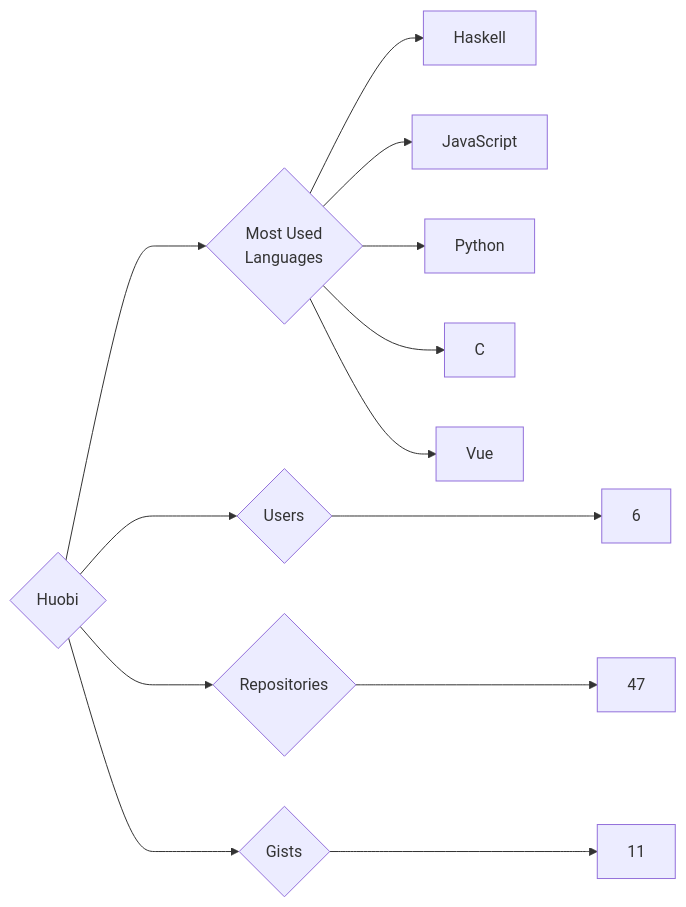
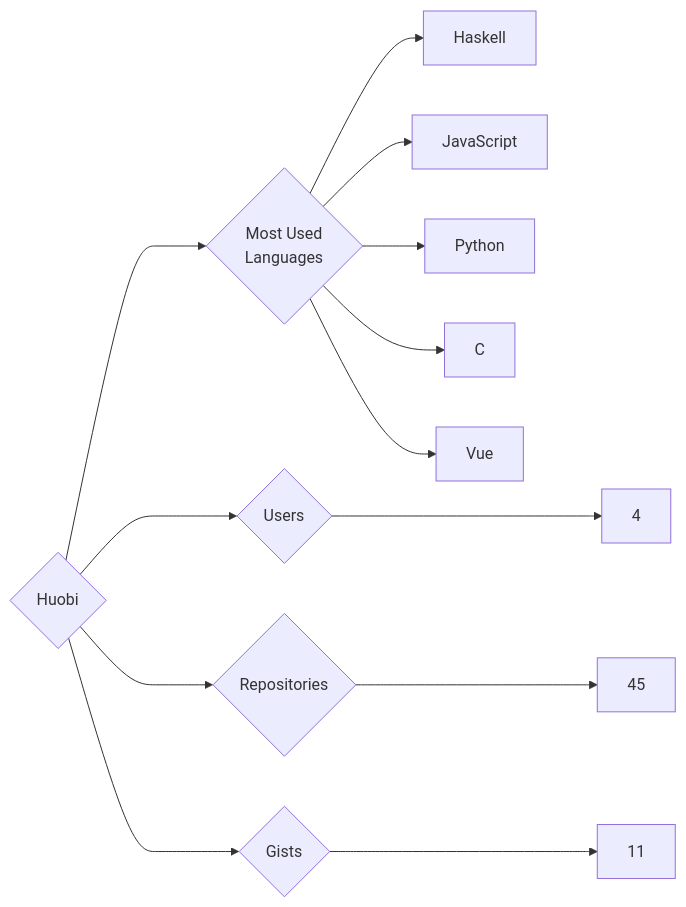
The diagram in targets/Huobi/README.md (trickest/insiders), drawn with Mermaid before and after one commit. The commit also changed 1120 other files, not shown here.

````diff
--- a/targets/Huobi/README.md
+++ b/targets/Huobi/README.md
@@ -3,13 +3,13 @@
 ```mermaid
 graph LR
 COMPANY_NAME{Huobi}
-COMPANY_NAME ---> U{Users} ---> UN[6]
-COMPANY_NAME ---> R{Repositories} ---> RN[47]
+COMPANY_NAME ---> U{Users} ---> UN[4]
+COMPANY_NAME ---> R{Repositories} ---> RN[45]
 COMPANY_NAME ---> G{Gists} ---> GN[11]
 COMPANY_NAME ---> ML{Most Used<br>Languages}
 ML --> Haskell[Haskell]
 ML --> JavaScript[JavaScript]
 ML --> Python[Python]
 ML --> C[C]
 ML --> Vue[Vue]
 ```
````
